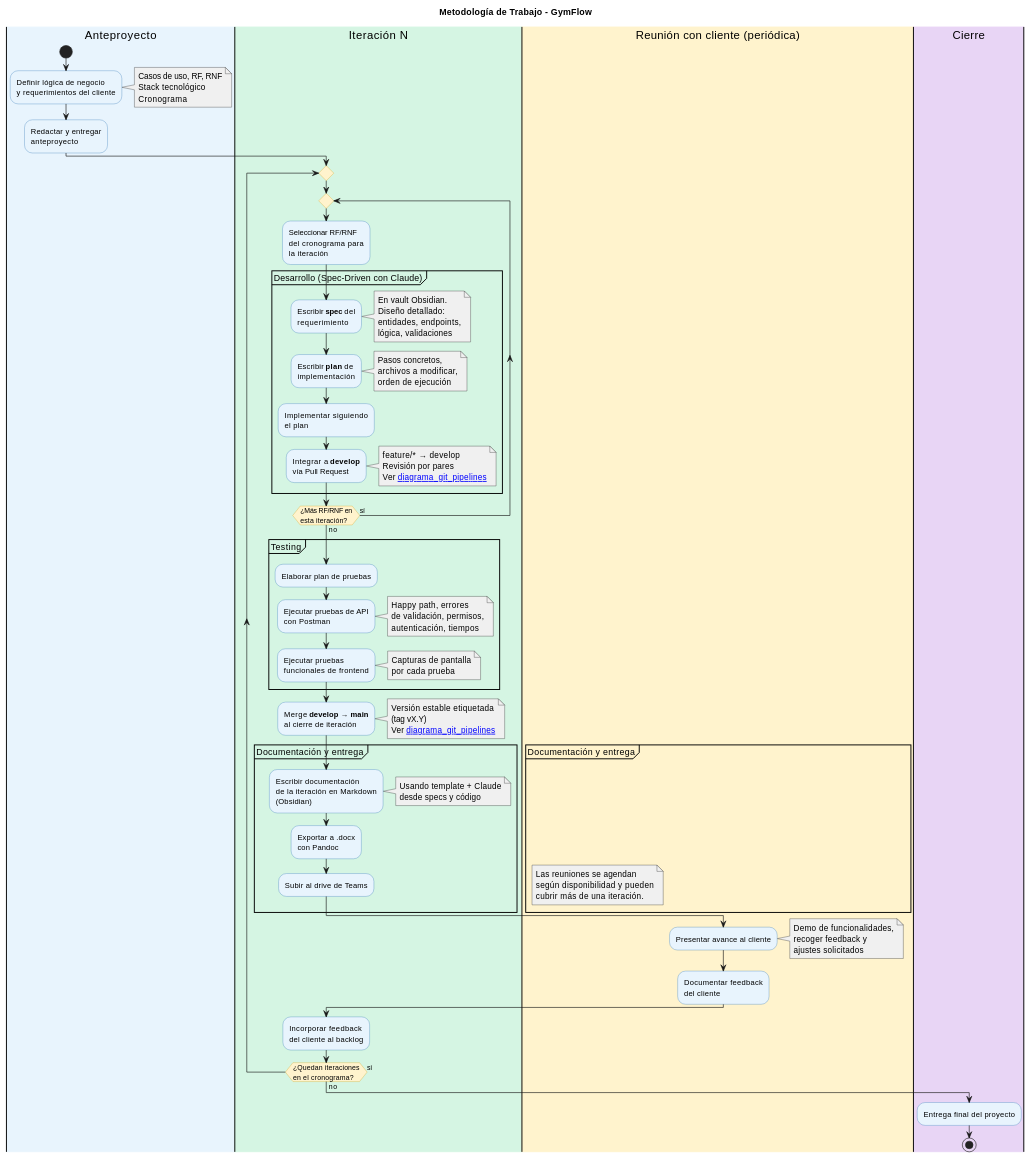
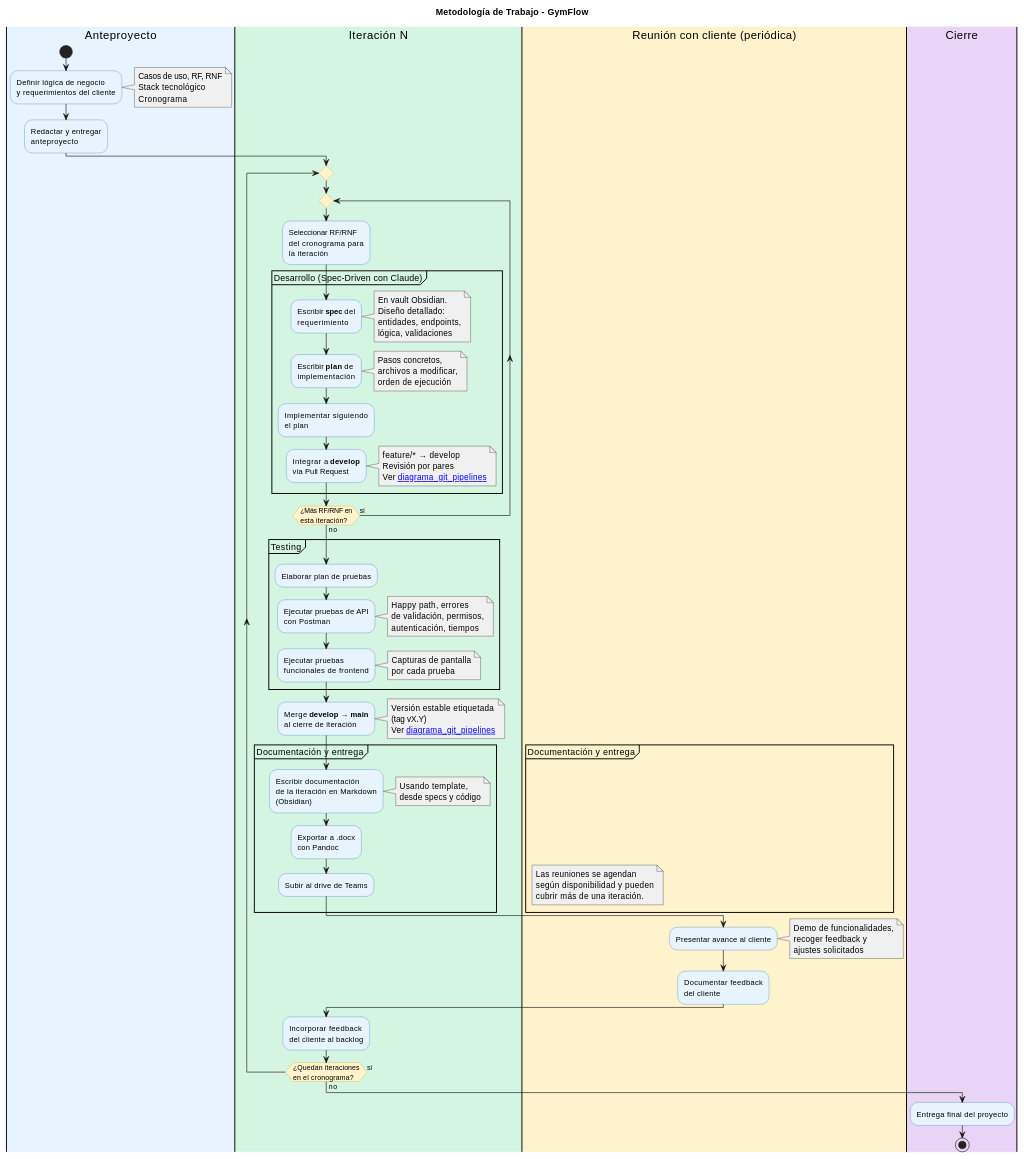
The diagram in docs/diagramas/marco_de_trabajo.md (ignaciocomp/GymFlow), drawn with PlantUML before and after one commit. The commit also changed other lines of this file and 7 other files, not shown here.

```diff
--- a/docs/diagramas/marco_de_trabajo.md
+++ b/docs/diagramas/marco_de_trabajo.md
@@ -92,7 +92,7 @@
     de la iteración en Markdown
     (Obsidian);
     note right
-      Usando template + Claude
+      Usando template,
       desde specs y código
     end note
     :Exportar a .docx
```
